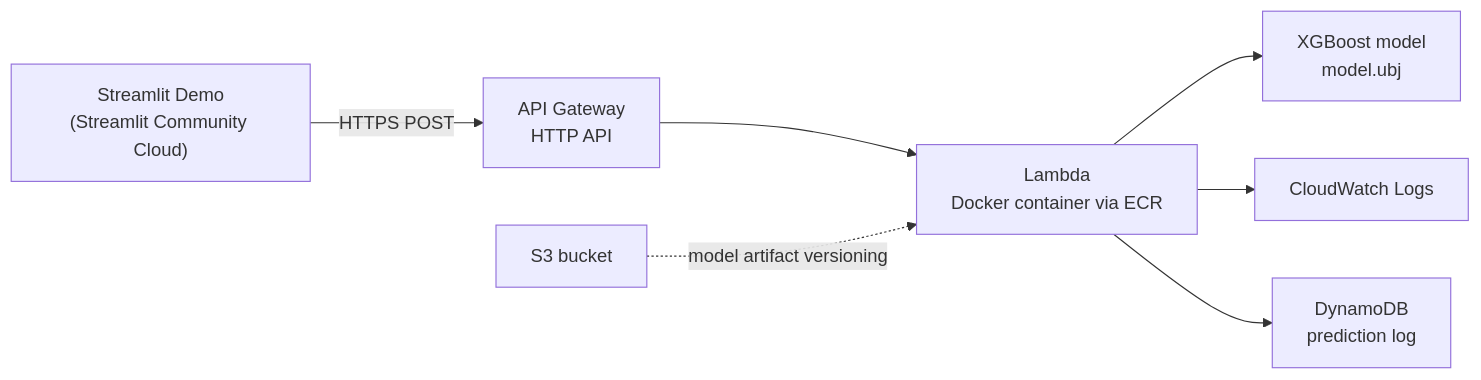
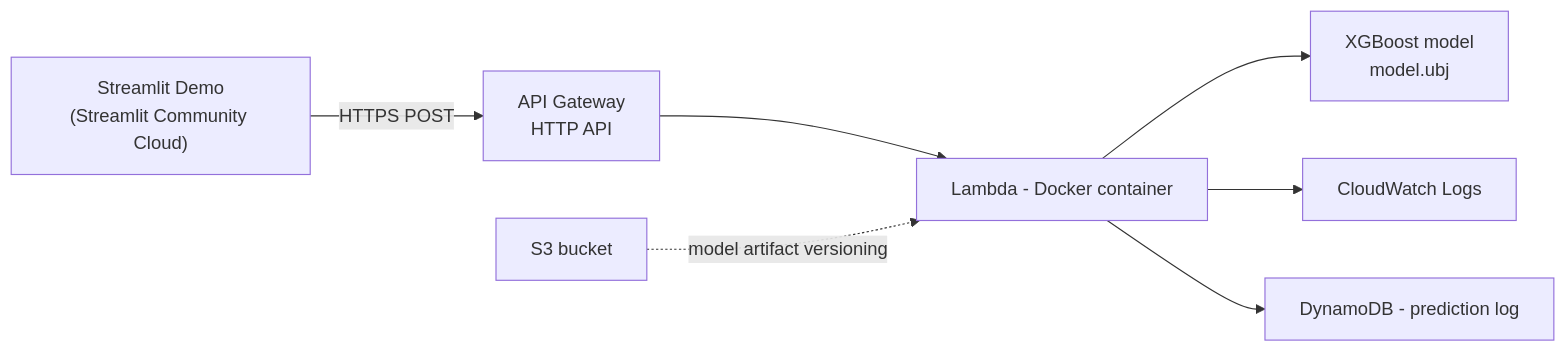
One commit to Abhinav-Tadi/ecommerce-fraud-triage-api changed the diagram in README.md. Above: the diagram before and after it, drawn with Mermaid. The commit also changed other lines of this file and 1 other file, not shown here.

````diff
--- a/README.md
+++ b/README.md
@@ -25,9 +34,9 @@
 ```mermaid
 flowchart LR
     A["Streamlit Demo\n(Streamlit Community Cloud)"] -->|HTTPS POST| B["API Gateway\nHTTP API"]
-    B --> C["Lambda\nDocker container via ECR"]
+    B --> C["Lambda - Docker container"]
     C --> D["XGBoost model\nmodel.ubj"]
     C --> E["CloudWatch Logs"]
-    C --> F["DynamoDB\nprediction log"]
+    C --> F["DynamoDB - prediction log"]
     G["S3 bucket"] -.->|model artifact versioning| C
 ```
````
